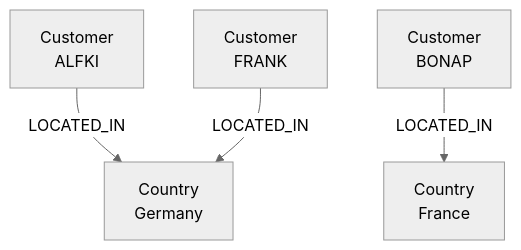
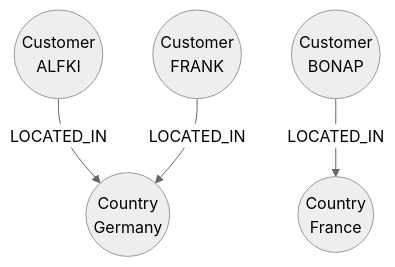
One commit to neo4j-graphacademy/courses changed the fourth of 13 diagrams in asciidoc/courses/workshop-importing/modules/2-data-modeling/lessons/7-refactoring/lesson.adoc. Above: the diagram before and after it, drawn with Mermaid (neutral theme). The commit also changed other lines of this file and 15 other files, not shown here.

````diff
--- a/asciidoc/courses/workshop-importing/modules/2-data-modeling/lessons/7-refactoring/lesson.adoc
+++ b/asciidoc/courses/workshop-importing/modules/2-data-modeling/lessons/7-refactoring/lesson.adoc
@@ -92,6 +92,6 @@
 ```mermaid
 graph TB
-    A[Customer<br/>ALFKI] -->|LOCATED_IN| D[Country<br/>Germany]
-    B[Customer<br/>BONAP] -->|LOCATED_IN| E[Country<br/>France]
-    C[Customer<br/>FRANK] -->|LOCATED_IN| D
+    A((Customer<br/>ALFKI)) -->|LOCATED_IN| D((Country<br/>Germany))
+    B((Customer<br/>BONAP)) -->|LOCATED_IN| E((Country<br/>France))
+    C((Customer<br/>FRANK)) -->|LOCATED_IN| D
 ```
````
